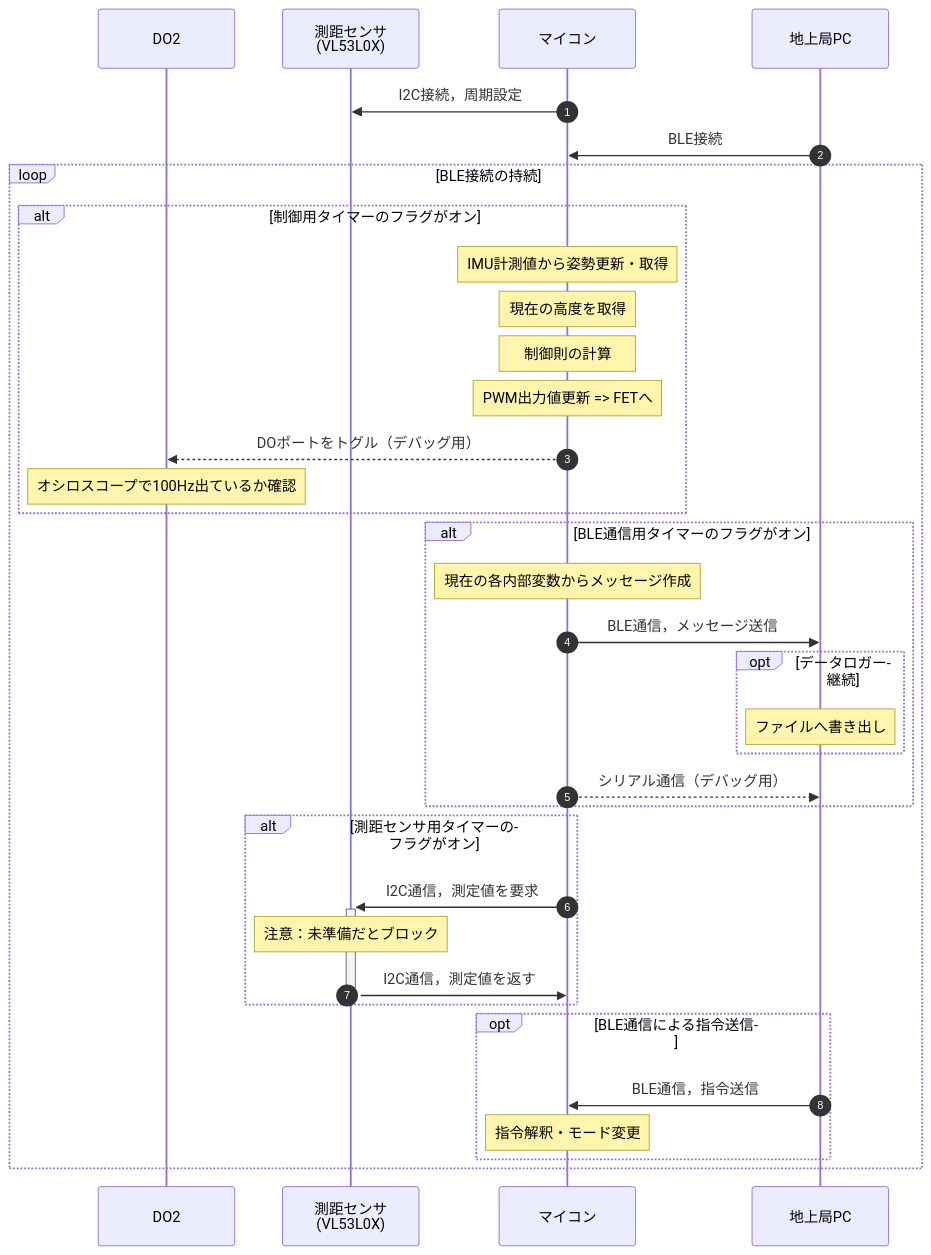
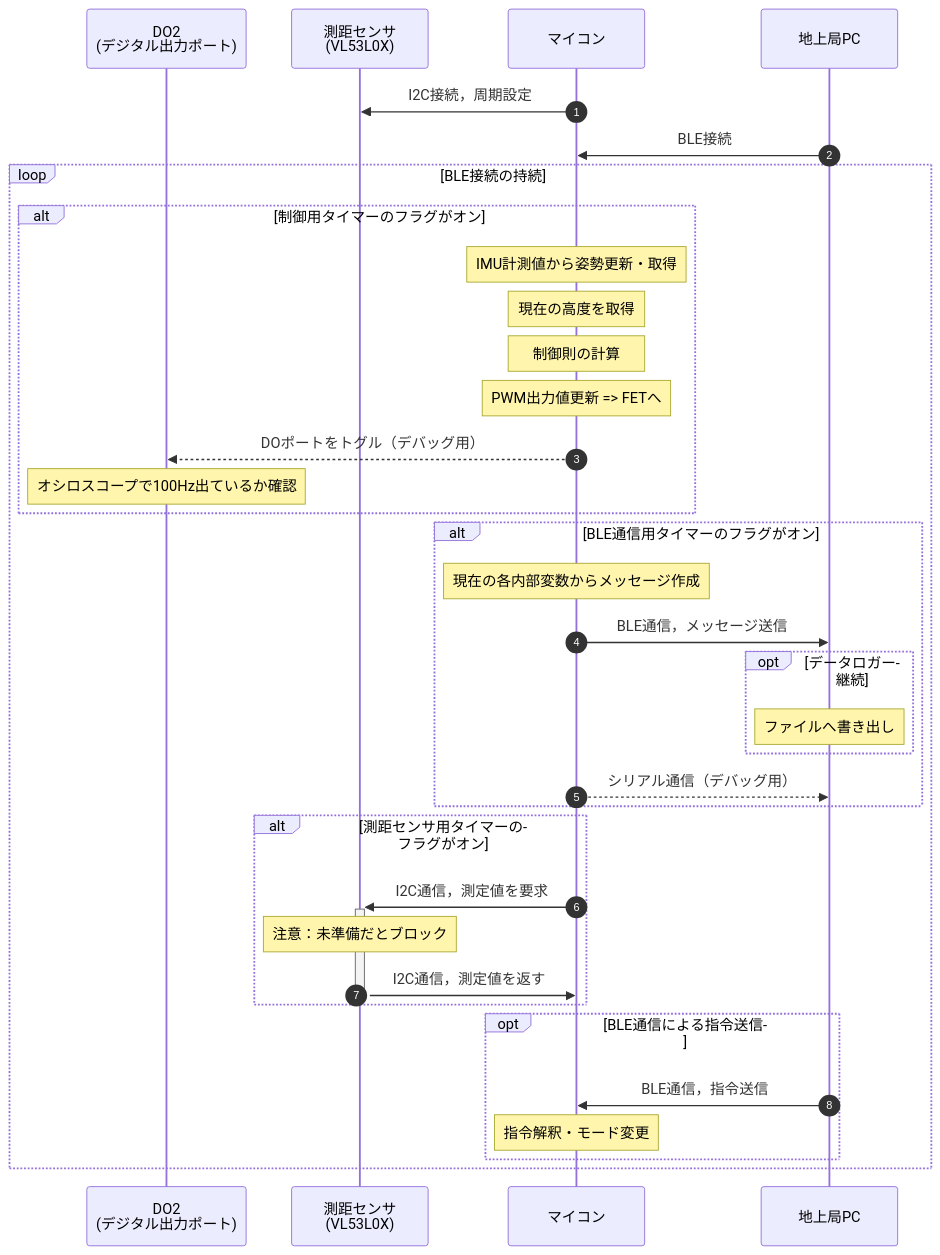
Before and after one commit to kn4ts/MiniDrone: the first of 2 diagrams in Readme.md, drawn with Mermaid. The commit also changed other lines of this file, not shown here.

````diff
--- a/Readme.md
+++ b/Readme.md
@@ -27,51 +27,51 @@
 ```mermaid
 sequenceDiagram # シーケンス図の定義
     autonumber # 信号に番号をつける
 
     # 各要素の定義
-    participant DebugDO as DO2 # デバッグ用DOポート
+    participant DebugDO as DO2<br>(デジタル出力ポート) # デバッグ用DOポート
     participant Sen as 測距センサ<br>(VL53L0X) # I2C接続
     participant Micon as マイコン
     participant PC as 地上局PC  # PC（地上局）
 
     Micon ->> Sen : I2C接続，周期設定
     PC ->> Micon: BLE接続
 
     loop BLE接続の持続 # ループの定義
 
         alt 制御用タイマーのフラグがオン # if文
             Note over Micon : IMU計測値から姿勢更新・取得
             Note over Micon : 現在の高度を取得
             # rect rgba(255, 0, 255, 0.2) # 色付け
             Note over Micon : 制御則の計算
             # end
             Note over Micon : PWM出力値更新 => FETへ
 
             Micon -->> DebugDO : DOポートをトグル（デバッグ用）
             Note over DebugDO : オシロスコープで100Hz出ているか確認
         end
 
         alt BLE通信用タイマーのフラグがオン
             Note over Micon : 現在の各内部変数からメッセージ作成
             # rect rgba(255, 0, 255, 0.2) # 色付け
             Micon ->> PC : BLE通信，メッセージ送信
             opt データロガー継続
                 Note over PC : ファイルへ書き出し
             end
             # end
             Micon -->> PC : シリアル通信（デバッグ用）
         end
 
         alt 測距センサ用タイマーのフラグがオン
             Micon ->>+ Sen : I2C通信，測定値を要求
             Note over Sen : 注意：未準備だとブロック
             Sen ->>- Micon : I2C通信，測定値を返す
         end
 
         opt BLE通信による指令送信
             PC ->> Micon : BLE通信，指令送信
             Note over Micon : 指令解釈・モード変更
         end
     end
 
 ```
````
